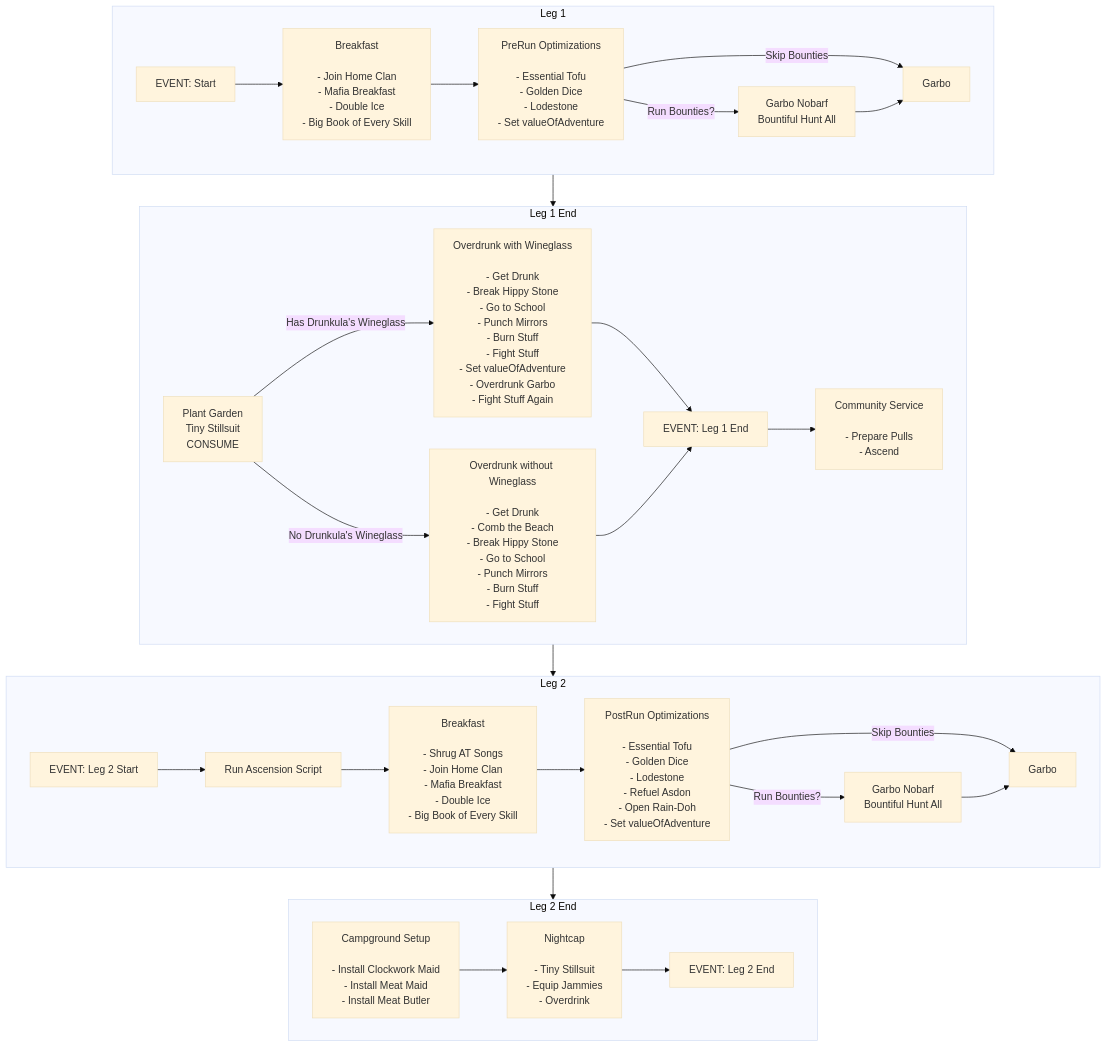
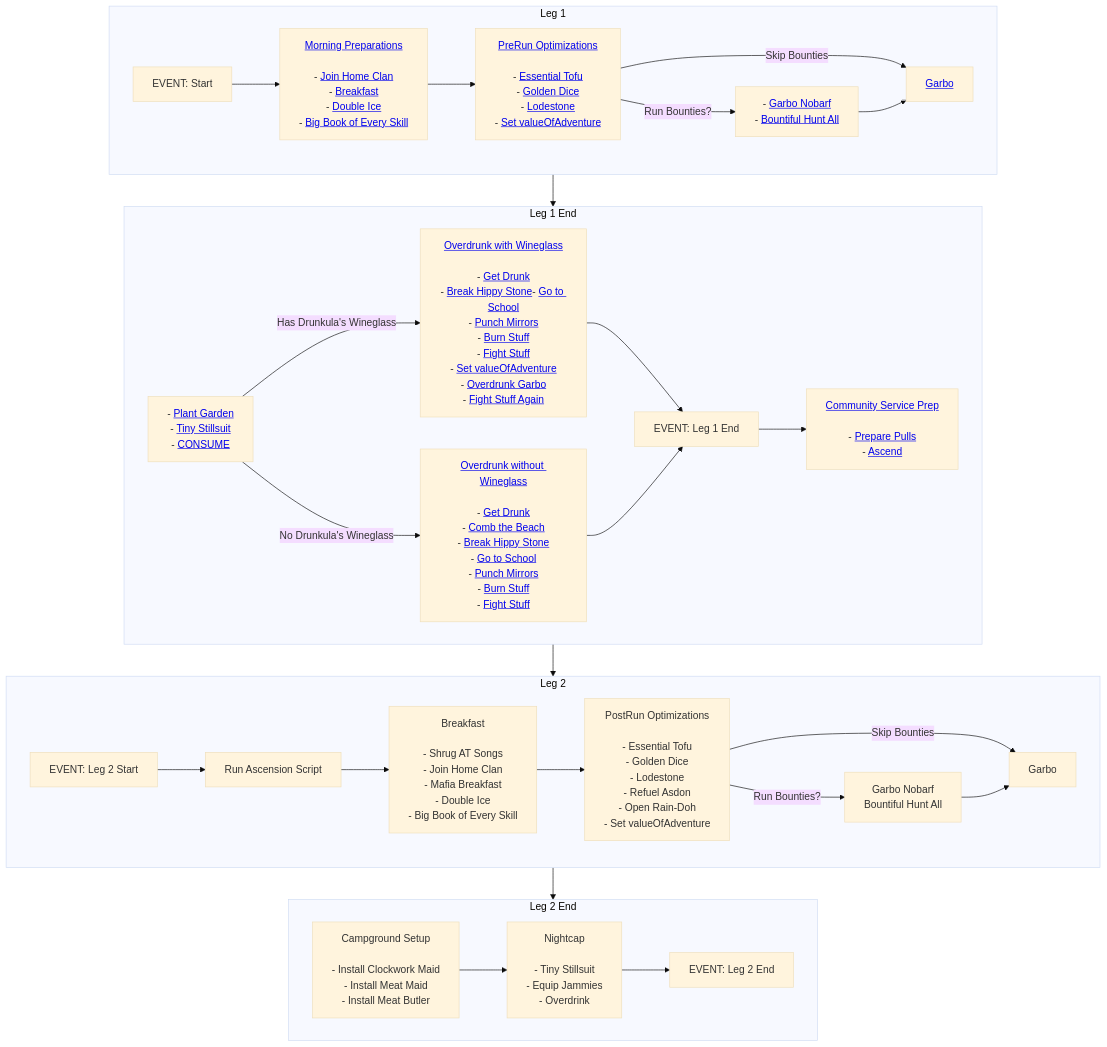
One commit to Glitched94/bLooper changed the diagram in README.md. Above: the diagram before and after it, drawn with Mermaid (base theme). The commit also changed other lines of this file and 2 other files, not shown here.

Commit message:
Started leg1end Documentation Added links to the mermaid chart in README if folks wanna navigate the documentation with that

````diff
--- a/README.md
+++ b/README.md
@@ -42,41 +44,41 @@
 ```mermaid
 graph TD
     subgraph L1 [Leg 1]
         direction LR
-        A[EVENT: Start] --> B[Breakfast\n\n- Join Home Clan\n- Mafia Breakfast\n- Double Ice\n- Big Book of Every Skill]
-        B --> C[PreRun Optimizations\n\n- Essential Tofu\n- Golden Dice\n- Lodestone\n- Set valueOfAdventure]
-        C -->|Run Bounties?| D1[Garbo Nobarf\nBountiful Hunt All]
-        C -->|Skip Bounties| D2[Garbo]
+        A[EVENT: Start] --> B[<a href='docs/leg1.md#morning-preparations'>Morning Preparations</a>\n\n- <a href='docs/leg1.md#join-home-clan'>Join Home Clan</a>\n- <a href='docs/leg1.md#breakfast'>Breakfast</a>\n- <a href='docs/leg1.md#double-ice'>Double Ice</a>\n- <a href='docs/leg1.md#big-book-of-every-skill'>Big Book of Every Skill</a>]
+        B --> C[<a href='docs/leg1.md#prerun-optimizations'>PreRun Optimizations</a>\n\n- <a href='docs/leg1.md#essential-tofu'>Essential Tofu</a>\n- <a href='docs/leg1.md#golden-dice'>Golden Dice</a>\n- <a href='docs/leg1.md#lodestone'>Lodestone</a>\n- <a href='docs/leg1.md#set-valueofadventure'>Set valueOfAdventure</a>]
+        C -->|Run Bounties?| D1[- <a href='docs/leg1.md#garbo-nobarf'>Garbo Nobarf</a>\n- <a href='docs/leg1.md#bountiful'>Bountiful Hunt All</a>]
+        C -->|Skip Bounties| D2[<a href='docs/leg1.md#garbo'>Garbo</a>]
         D1 --> D2
     end
 
     subgraph L1E [Leg 1 End]
         direction LR
-        E[Plant Garden\nTiny Stillsuit\nCONSUME]
-        E -->|Has Drunkula's Wineglass| F[Overdrunk with Wineglass\n\n- Get Drunk\n- Break Hippy Stone\n- Go to School\n- Punch Mirrors\n- Burn Stuff\n- Fight Stuff\n- Set valueOfAdventure\n- Overdrunk Garbo\n- Fight Stuff Again]
-        E -->|No Drunkula's Wineglass| G[Overdrunk without Wineglass\n\n- Get Drunk\n- Comb the Beach\n- Break Hippy Stone\n- Go to School\n- Punch Mirrors\n- Burn Stuff\n- Fight Stuff]
+        E[- <a href='docs/leg1end.md#plant-garden'>Plant Garden</a>\n- <a href='docs/leg1end.md#tiny-stillsuit'>Tiny Stillsuit</a>\n- <a href='docs/leg1end.md#consume'>CONSUME</a>]
+        E -->|Has Drunkula's Wineglass| F[<a href='docs/leg1end.md#overdrunk-with-wineglass'>Overdrunk with Wineglass</a>\n\n- <a href='docs/leg1end.md#get-drunk'>Get Drunk</a>\n- <a href='docs/leg1end.md#break-hippy-stone'>Break Hippy Stone</a>- <a href='docs/leg1end.md#go-to-school'>Go to School</a>\n- <a href='docs/leg1end.md#punch-mirrors'>Punch Mirrors</a>\n- <a href='docs/leg1end.md#burn-stuff'>Burn Stuff</a>\n- <a href='docs/leg1end.md#fight-stuff'>Fight Stuff</a>\n- <a href='docs/leg1end.md#set-valueofadventure'>Set valueOfAdventure</a>\n- <a href='docs/leg1end.md#overdrunk-garbo'>Overdrunk Garbo</a>\n- <a href='docs/leg1end.md#fight-stuff-again'>Fight Stuff Again</a>]
+        E -->|No Drunkula's Wineglass| G[<a href='docs/leg1end.md#overdrunk-without-wineglass'>Overdrunk without Wineglass</a>\n\n- <a href='docs/leg1end.md#get-drunk-1'>Get Drunk</a>\n- <a href='docs/leg1end.md#comb-the-beach'>Comb the Beach</a>\n- <a href='docs/leg1end.md#break-hippy-stone-1'>Break Hippy Stone</a>\n- <a href='docs/leg1end.md#go-to-school-1'>Go to School</a>\n- <a href='docs/leg1end.md#punch-mirrors-1'>Punch Mirrors</a>\n- <a href='docs/leg1end.md#burn-stuff-1'>Burn Stuff</a>\n- <a href='docs/leg1end.md#fight-stuff-1'>Fight Stuff</a>]
         F --> H[EVENT: Leg 1 End]
         G --> H
-        H --> I[Community Service\n\n- Prepare Pulls\n- Ascend]
+        H --> I[<a href='docs/leg1end.md#community-service-prep'>Community Service Prep</a>\n\n- <a href='docs/leg1end.md#prepare-pulls'>Prepare Pulls</a>\n- <a href='docs/leg1end.md#ascend'>Ascend</a>]
     end
 
     subgraph L2 [Leg 2]
         direction LR
         J[EVENT: Leg 2 Start]
         J --> K[Run Ascension Script]
         K --> L[Breakfast\n\n- Shrug AT Songs\n- Join Home Clan\n- Mafia Breakfast\n- Double Ice\n- Big Book of Every Skill]
         L --> M[PostRun Optimizations\n\n- Essential Tofu\n- Golden Dice\n- Lodestone\n- Refuel Asdon\n- Open Rain-Doh\n- Set valueOfAdventure]
         M -->|Run Bounties?| N1[Garbo Nobarf\nBountiful Hunt All]
         M -->|Skip Bounties| N2[Garbo]
         N1 --> N2
     end
 
     subgraph L2E [Leg 2 End]
         direction LR
         O[Campground Setup\n\n- Install Clockwork Maid\n- Install Meat Maid\n- Install Meat Butler]
         O --> P[Nightcap\n\n- Tiny Stillsuit\n- Equip Jammies\n- Overdrink]
         P --> Q[EVENT: Leg 2 End]
     end
 
     L1 --> L1E --> L2 --> L2E
 ```
````
